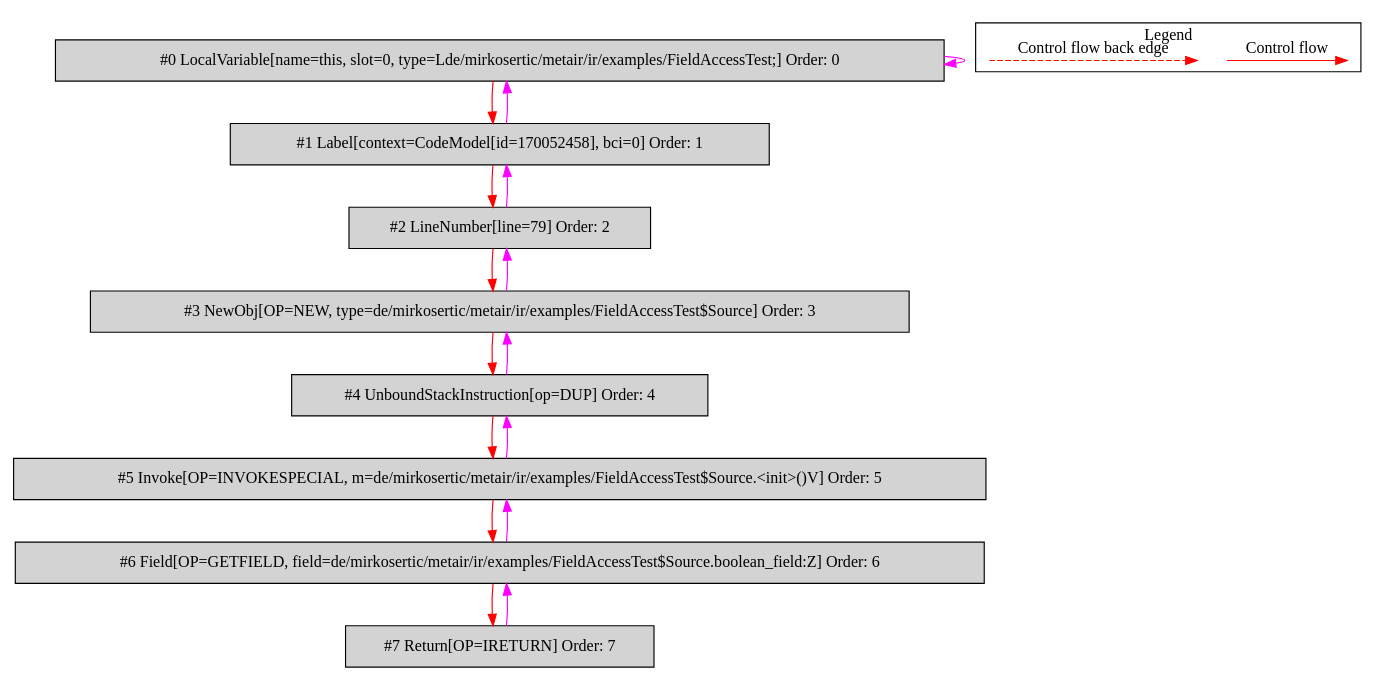
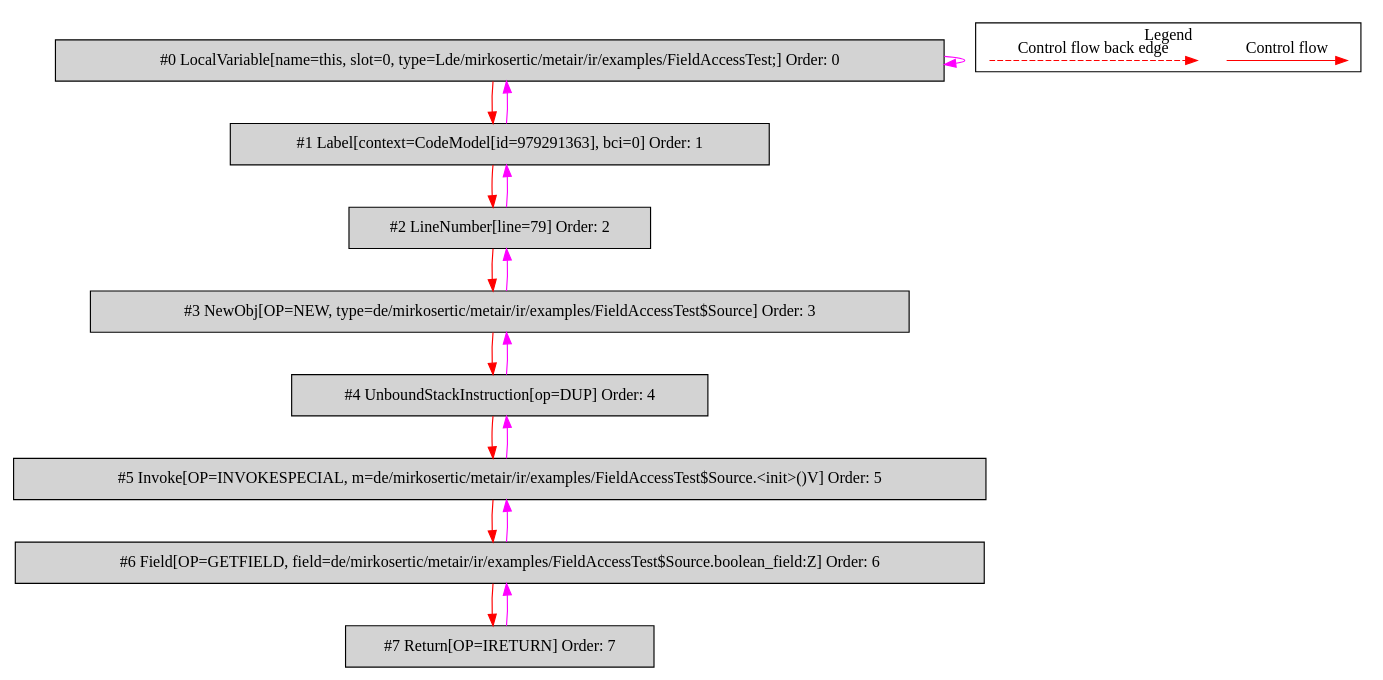
Before and after one commit to mirkosertic/MetaIR: the diagram in de.mirkosertic.metair.ir.examples.FieldAccessTest/return_boolean/bytecodecfg.dot, drawn with Graphviz. The commit also changed 1204 other files, not shown here.

```diff
--- a/de.mirkosertic.metair.ir.examples.FieldAccessTest/return_boolean/bytecodecfg.dot
+++ b/de.mirkosertic.metair.ir.examples.FieldAccessTest/return_boolean/bytecodecfg.dot
@@ -1,40 +1,40 @@
 digraph {
  ordering="in";
  node0[label="#0 LocalVariable[name=this, slot=0, type=Lde/mirkosertic/metair/ir/examples/FieldAccessTest;] Order: 0", shape=box, fillcolor=lightgrey, style=filled];
- node1[label="#1 Label[context=CodeModel[id=170052458], bci=0] Order: 1", shape=box, fillcolor=lightgrey, style=filled];
+ node1[label="#1 Label[context=CodeModel[id=979291363], bci=0] Order: 1", shape=box, fillcolor=lightgrey, style=filled];
  node2[label="#2 LineNumber[line=79] Order: 2", shape=box, fillcolor=lightgrey, style=filled];
  node3[label="#3 NewObj[OP=NEW, type=de/mirkosertic/metair/ir/examples/FieldAccessTest$Source] Order: 3", shape=box, fillcolor=lightgrey, style=filled];
  node4[label="#4 UnboundStackInstruction[op=DUP] Order: 4", shape=box, fillcolor=lightgrey, style=filled];
  node5[label="#5 Invoke[OP=INVOKESPECIAL, m=de/mirkosertic/metair/ir/examples/FieldAccessTest$Source.<init>()V] Order: 5", shape=box, fillcolor=lightgrey, style=filled];
  node6[label="#6 Field[OP=GETFIELD, field=de/mirkosertic/metair/ir/examples/FieldAccessTest$Source.boolean_field:Z] Order: 6", shape=box, fillcolor=lightgrey, style=filled];
  node7[label="#7 Return[OP=IRETURN] Order: 7", shape=box, fillcolor=lightgrey, style=filled];
  node0 -> node0[color=fuchsia];
  node0 -> node1[color=red];
  node1 -> node0[color=fuchsia];
  node1 -> node2[color=red];
  node2 -> node1[color=fuchsia];
  node2 -> node3[color=red];
  node3 -> node2[color=fuchsia];
  node3 -> node4[color=red];
  node4 -> node3[color=fuchsia];
  node4 -> node5[color=red];
  node5 -> node4[color=fuchsia];
  node5 -> node6[color=red];
  node6 -> node5[color=fuchsia];
  node6 -> node7[color=red];
  node7 -> node6[color=fuchsia];
  subgraph cluster_000 {
   label = "Legend";
   node [shape=point]
   {
    rank=same;
    c0 [style = invis];
    c1 [style = invis];
    c2 [style = invis];
    c3 [style = invis];
   }
   c0 -> c1 [label="Control flow", style=solid, color=red]
   c2 -> c3 [label="Control flow back edge", style=dashed, color=red]
  }
 
 }
```
